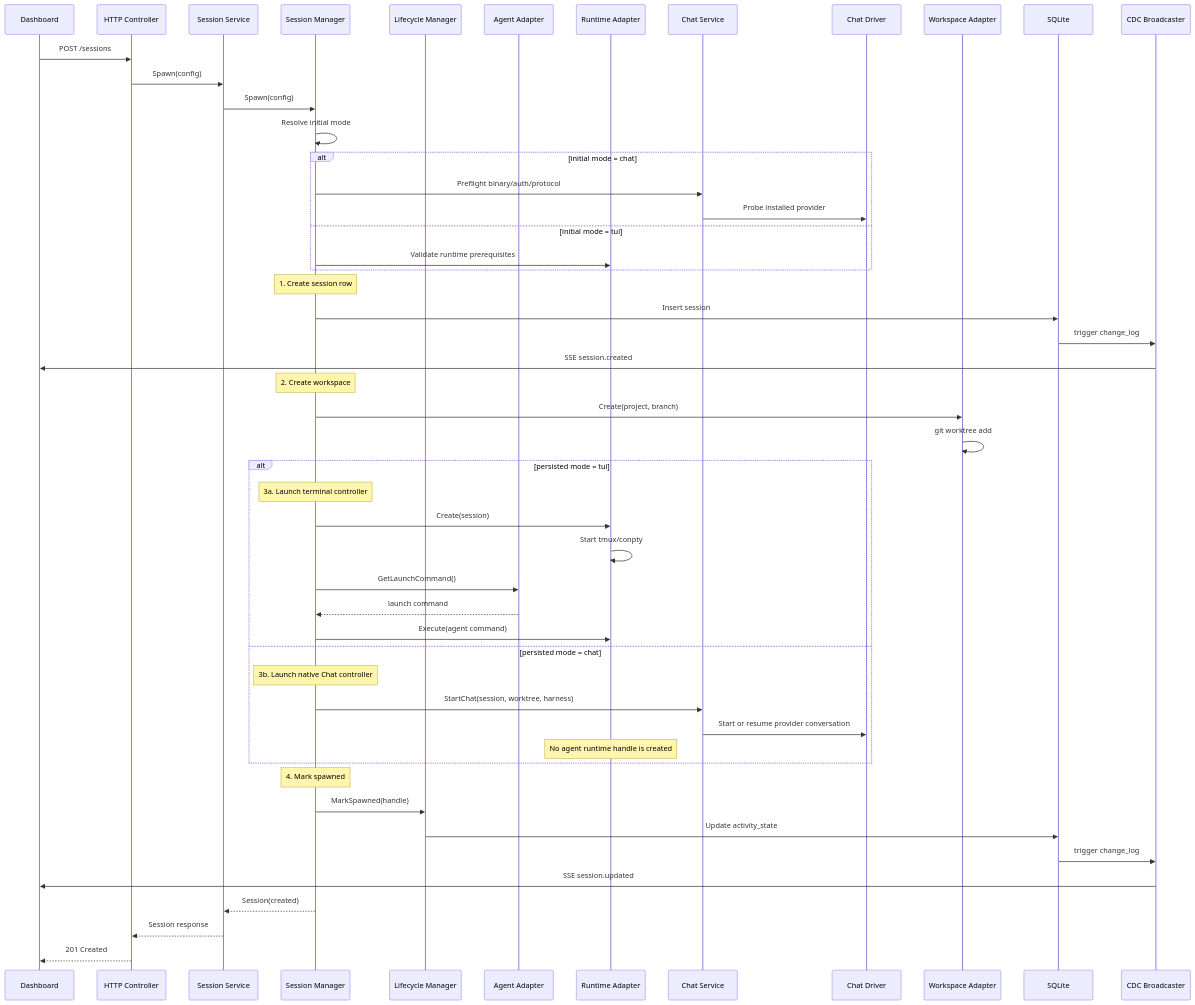
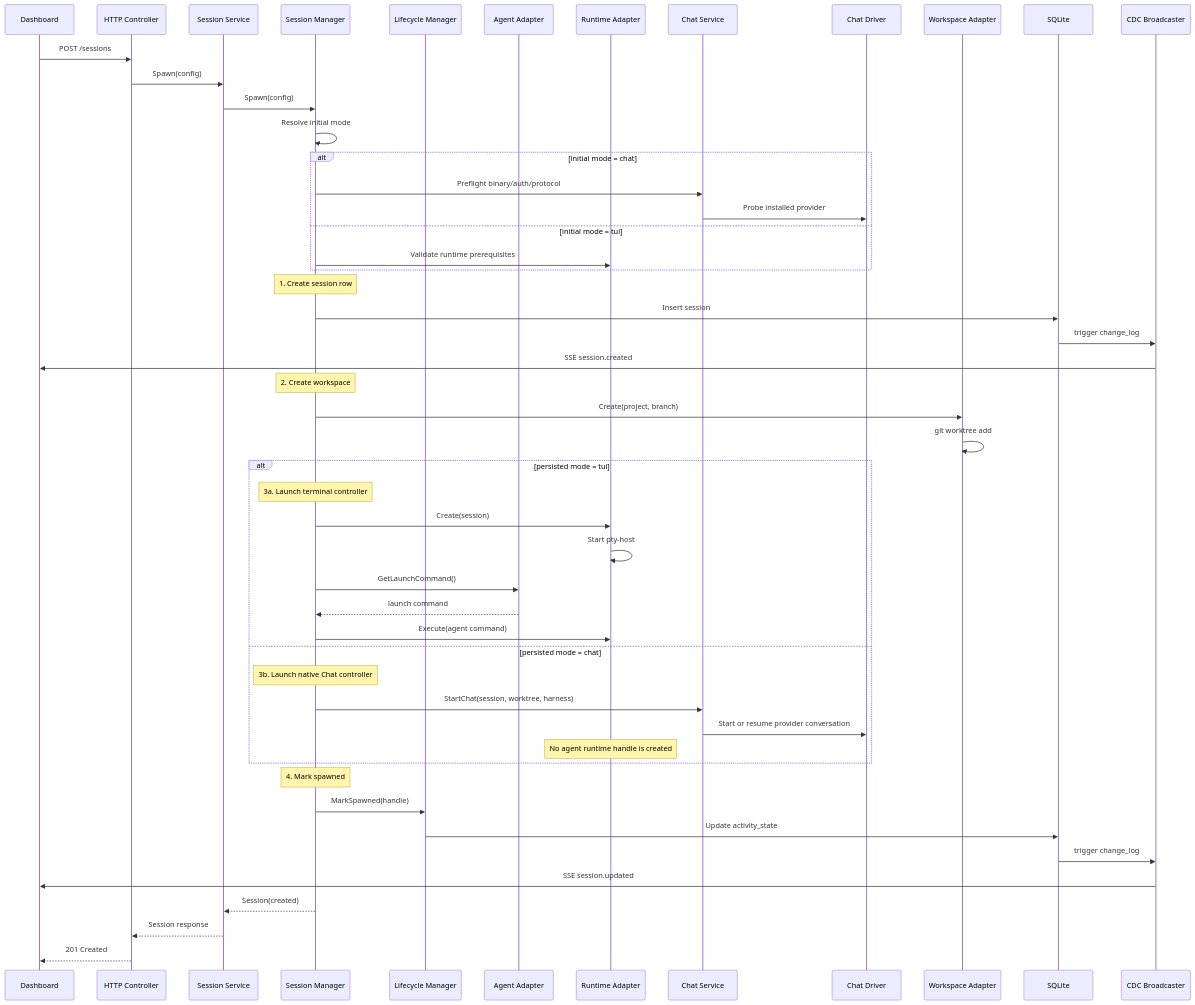
One commit to OmarAly92/Operator changed the sixth of 24 diagrams in docs/architecture.md. Above: the diagram before and after it, drawn with Mermaid. The commit also changed other lines of this file and 64 other files, not shown here.

First line of the commit message:
feat(runtime)!: replace tmux with the pty-host on every platform

````diff
--- a/docs/architecture.md
+++ b/docs/architecture.md
@@ -225,60 +225,60 @@
 ```mermaid
 sequenceDiagram
     participant UI as Dashboard
     participant HTTP as HTTP Controller
     participant Svc as Session Service
     participant Mgr as Session Manager
     participant LCM as Lifecycle Manager
     participant Agent as Agent Adapter
     participant Runtime as Runtime Adapter
     participant ChatSvc as Chat Service
     participant ChatDriver as Chat Driver
     participant WS as Workspace Adapter
     participant DB as SQLite
     participant CDC as CDC Broadcaster
 
     UI->>HTTP: POST /sessions
     HTTP->>Svc: Spawn(config)
     Svc->>Mgr: Spawn(config)
 
     Mgr->>Mgr: Resolve initial mode
     alt initial mode = chat
         Mgr->>ChatSvc: Preflight binary/auth/protocol
         ChatSvc->>ChatDriver: Probe installed provider
     else initial mode = tui
         Mgr->>Runtime: Validate runtime prerequisites
     end
 
     Note over Mgr: 1. Create session row
     Mgr->>DB: Insert session
     DB->>CDC: trigger change_log
     CDC->>UI: SSE session.created
 
     Note over Mgr: 2. Create workspace
     Mgr->>WS: Create(project, branch)
     WS->>WS: git worktree add
 
     alt persisted mode = tui
         Note over Mgr: 3a. Launch terminal controller
         Mgr->>Runtime: Create(session)
-        Runtime->>Runtime: Start tmux/conpty
+        Runtime->>Runtime: Start pty-host
         Mgr->>Agent: GetLaunchCommand()
         Agent-->>Mgr: launch command
         Mgr->>Runtime: Execute(agent command)
     else persisted mode = chat
         Note over Mgr: 3b. Launch native Chat controller
         Mgr->>ChatSvc: StartChat(session, worktree, harness)
         ChatSvc->>ChatDriver: Start or resume provider conversation
         Note over Runtime: No agent runtime handle is created
     end
 
     Note over Mgr: 4. Mark spawned
     Mgr->>LCM: MarkSpawned(handle)
     LCM->>DB: Update activity_state
     DB->>CDC: trigger change_log
     CDC->>UI: SSE session.updated
 
     Mgr-->>Svc: Session(created)
     Svc-->>HTTP: Session response
     HTTP-->>UI: 201 Created
 ```
````
